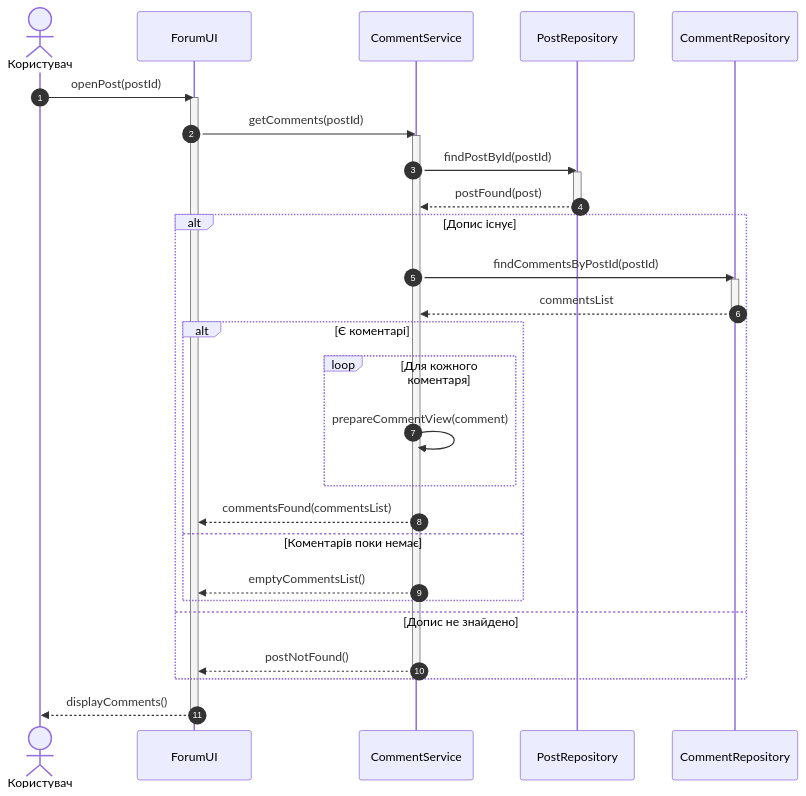
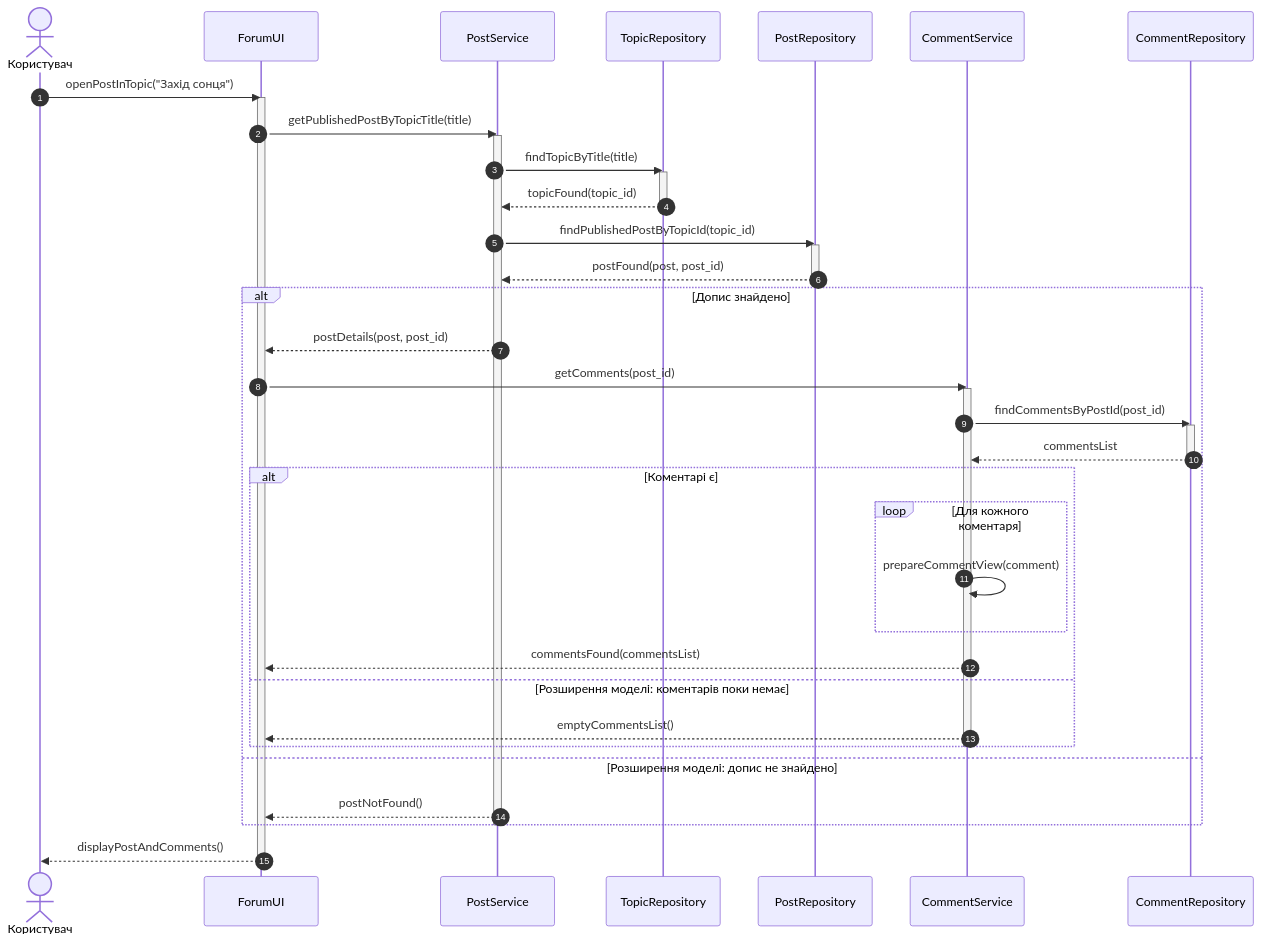
The diagram in sequence diagram/UC-05-view-comments.md (Strol20/kpi2_labs), drawn with Mermaid before and after one commit. The commit also changed 10 other files, not shown here.

````diff
--- a/sequence diagram/UC-05-view-comments.md
+++ b/sequence diagram/UC-05-view-comments.md
@@ -2,37 +2,47 @@
 ```mermaid
 sequenceDiagram
     autonumber
     actor User as Користувач
     participant UI as ForumUI
+    participant PostService as PostService
+    participant TopicRepository as TopicRepository
+    participant PostRepository as PostRepository
     participant CommentService as CommentService
-    participant PostRepository as PostRepository
     participant CommentRepository as CommentRepository
 
-    User->>UI: openPost(postId)
+    User->>UI: openPostInTopic("Захід сонця")
     activate UI
-    UI->>CommentService: getComments(postId)
-    activate CommentService
-    CommentService->>PostRepository: findPostById(postId)
+    UI->>PostService: getPublishedPostByTopicTitle(title)
+    activate PostService
+    PostService->>TopicRepository: findTopicByTitle(title)
+    activate TopicRepository
+    TopicRepository-->>PostService: topicFound(topic_id)
+    deactivate TopicRepository
+    PostService->>PostRepository: findPublishedPostByTopicId(topic_id)
     activate PostRepository
-    PostRepository-->>CommentService: postFound(post)
+    PostRepository-->>PostService: postFound(post, post_id)
     deactivate PostRepository
-    alt Допис існує
-        CommentService->>CommentRepository: findCommentsByPostId(postId)
+    alt Допис знайдено
+        PostService-->>UI: postDetails(post, post_id)
+        UI->>CommentService: getComments(post_id)
+        activate CommentService
+        CommentService->>CommentRepository: findCommentsByPostId(post_id)
         activate CommentRepository
         CommentRepository-->>CommentService: commentsList
         deactivate CommentRepository
-        alt Є коментарі
+        alt Коментарі є
             loop Для кожного коментаря
                 CommentService->>CommentService: prepareCommentView(comment)
             end
             CommentService-->>UI: commentsFound(commentsList)
-        else Коментарів поки немає
+        else Розширення моделі: коментарів поки немає
             CommentService-->>UI: emptyCommentsList()
         end
-    else Допис не знайдено
-        CommentService-->>UI: postNotFound()
+        deactivate CommentService
+    else Розширення моделі: допис не знайдено
+        PostService-->>UI: postNotFound()
     end
-    deactivate CommentService
-    UI-->>User: displayComments()
+    deactivate PostService
+    UI-->>User: displayPostAndComments()
     deactivate UI
 ```
````
